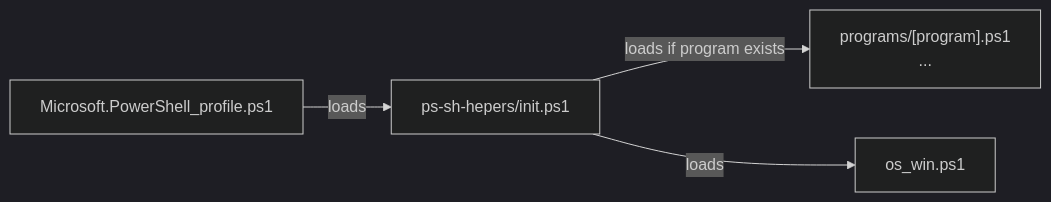
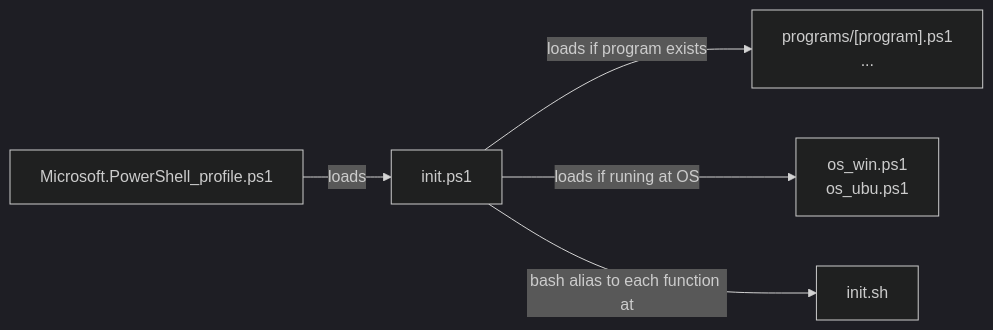
One commit to alanlivio/ps-sh-helpers changed the second of 2 diagrams in README.md. Above: the diagram before and after it, drawn with Mermaid. The commit also changed other lines of this file and 3 other files, not shown here.

Commit message:
load bash alias from init.ps1

````diff
--- a/README.md
+++ b/README.md
@@ -24,14 +28,20 @@
 ```mermaid
 %%{init: {'theme':'dark'}}%%
 flowchart LR
     psprofile["Microsoft.PowerShell_profile.ps1"]
+    ps-init["init.ps1"]
+    sh-init["init.sh"]
     program-dependent["
         programs/[program].ps1
         ...
     "]
-    init --> |"loads if program exists"| program-dependent
-    init["ps-sh-hepers/init.ps1"]
-    oswinps1["os_win.ps1"]
-    psprofile--> |"loads"| init
-    init --> |"loads"| oswinps1
+    OS-dependent["
+        os_win.ps1
+        os_ubu.ps1
+    "]
+
+    psprofile--> |"loads"| ps-init
+    ps-init --> |"loads if program exists"| program-dependent
+    ps-init --> |"loads if runing at OS"| OS-dependent
+    ps-init --> |"bash alias to each function at"| sh-init
 ```
````
